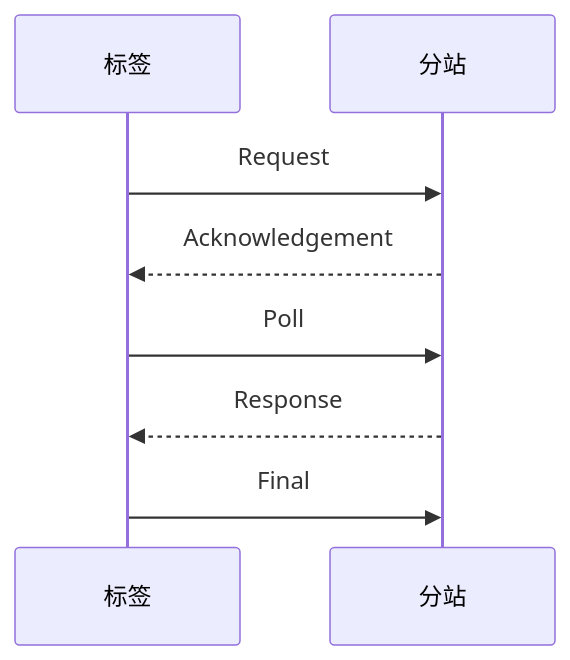
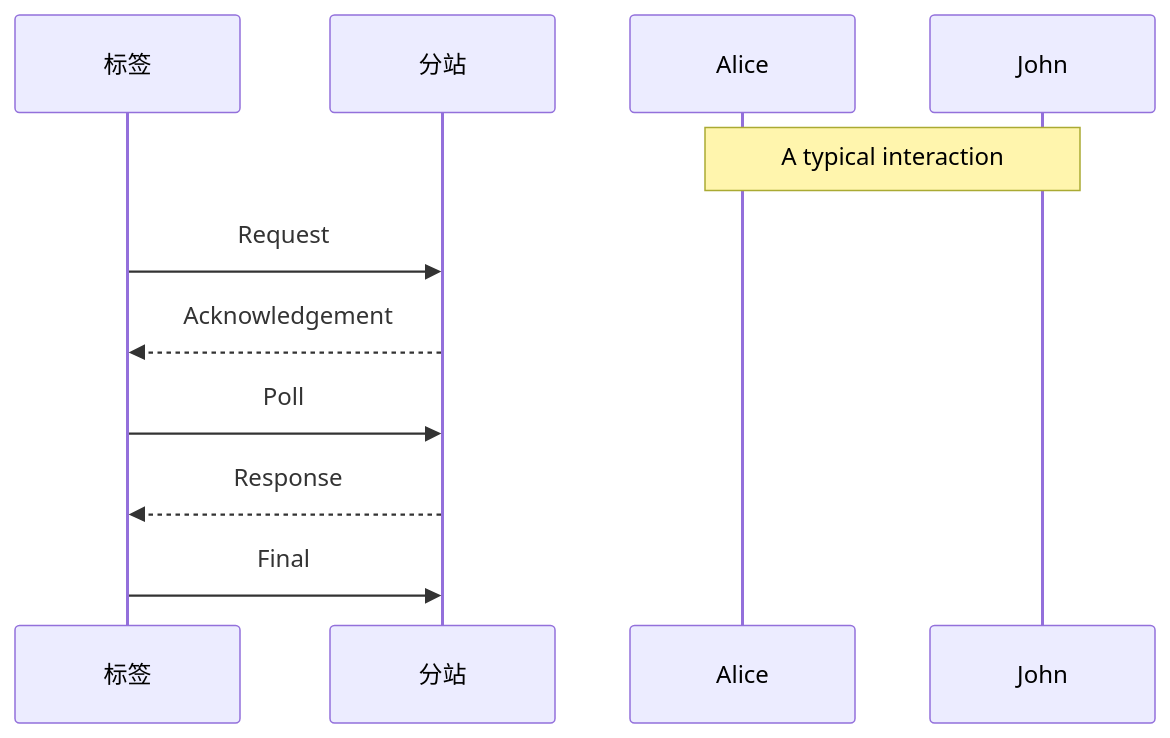
The diagram in all/未命名.md (geek-zhao/iodraw-files), drawn with Mermaid before and after one commit.

Commit message:
2024-08-17 14:03:10 update

````diff
--- a/all/未命名.md
+++ b/all/未命名.md
@@ -1,12 +1,12 @@
 ```mermaid
 sequenceDiagram
     participant tag as 标签
     participant anchor as 分站
-    
+    Note over Alice,John: A typical interaction
     tag->>anchor: Request
     anchor-->>tag: Acknowledgement
     tag->>anchor: Poll
     anchor-->>tag: Response
     tag->>anchor: Final       
 
 ```
````
